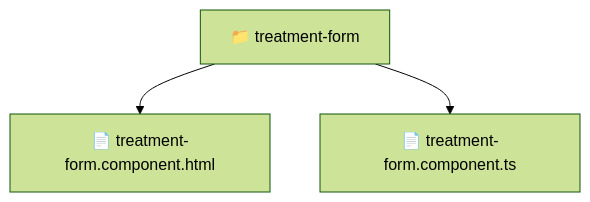
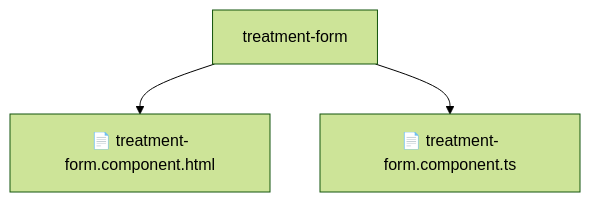
The diagram in frontend/src/pages/treatments/components/treatment-form/README.md (beginwebdev2002/fullstack-mavluda), drawn with Mermaid (forest theme) before and after one commit. The commit also changed other lines of this file and 155 other files, not shown here.

````diff
--- a/frontend/src/pages/treatments/components/treatment-form/README.md
+++ b/frontend/src/pages/treatments/components/treatment-form/README.md
@@ -10,6 +14,6 @@
 ```mermaid
 graph TD
-  Root["📁 treatment-form"]
-  Root --> treatmentformcomponenthtml["📄 treatment-form.component.html"]
-  Root --> treatmentformcomponentts["📄 treatment-form.component.ts"]
+    Root[treatment-form]
+    Root --> F0[📄 treatment-form.component.html]
+    Root --> F1[📄 treatment-form.component.ts]
 ```
````
